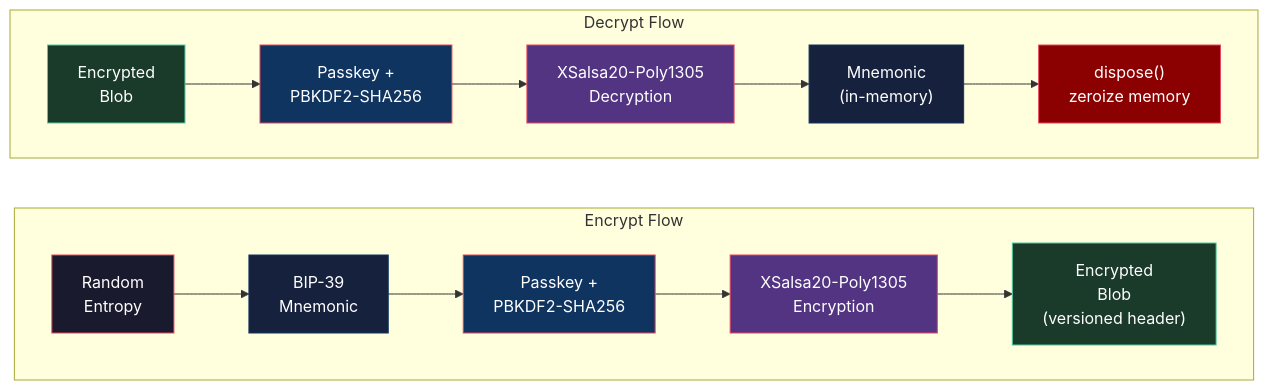
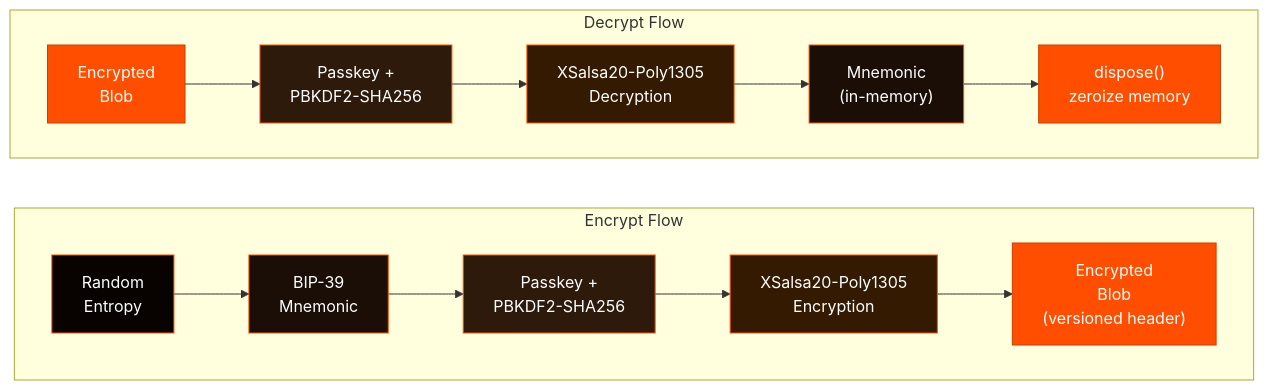
The diagram in tools/secret-manager/README.md (gatteo/wdk-docs), drawn with Mermaid before and after one commit. The commit also changed 21 other files, not shown here.

Commit message:
docs: update all mermaid diagrams to WDK branding colors (#FF4E00 orange, #080201 dark)

````diff
--- a/tools/secret-manager/README.md
+++ b/tools/secret-manager/README.md
@@ -37,29 +37,29 @@
 ```mermaid
 flowchart LR
     subgraph Encrypt["Encrypt Flow"]
         direction LR
         E1["Random\nEntropy"] --> E2["BIP-39\nMnemonic"]
         E2 --> E3["Passkey +\nPBKDF2-SHA256"]
         E3 --> E4["XSalsa20-Poly1305\nEncryption"]
         E4 --> E5["Encrypted\nBlob\n(versioned header)"]
     end
 
     subgraph Decrypt["Decrypt Flow"]
         direction LR
         D1["Encrypted\nBlob"] --> D2["Passkey +\nPBKDF2-SHA256"]
         D2 --> D3["XSalsa20-Poly1305\nDecryption"]
         D3 --> D4["Mnemonic\n(in-memory)"]
         D4 --> D5["dispose()\nzeroize memory"]
     end
 
-    style E1 fill:#1a1a2e,stroke:#e94560,color:#fff
-    style E2 fill:#16213e,stroke:#0f3460,color:#fff
-    style E3 fill:#0f3460,stroke:#e94560,color:#fff
-    style E4 fill:#533483,stroke:#e94560,color:#fff
-    style E5 fill:#1a3a2a,stroke:#4ecca3,color:#fff
-    style D1 fill:#1a3a2a,stroke:#4ecca3,color:#fff
-    style D2 fill:#0f3460,stroke:#e94560,color:#fff
-    style D3 fill:#533483,stroke:#e94560,color:#fff
-    style D4 fill:#16213e,stroke:#0f3460,color:#fff
-    style D5 fill:#8b0000,stroke:#e94560,color:#fff
+    style E1 fill:#080201,stroke:#FF4E00,color:#fff
+    style E2 fill:#1a0e06,stroke:#FF4E00,color:#fff
+    style E3 fill:#2d1a0a,stroke:#FF4E00,color:#fff
+    style E4 fill:#331a00,stroke:#FF4E00,color:#fff
+    style E5 fill:#FF4E00,stroke:#cc3e00,color:#fff
+    style D1 fill:#FF4E00,stroke:#cc3e00,color:#fff
+    style D2 fill:#2d1a0a,stroke:#FF4E00,color:#fff
+    style D3 fill:#331a00,stroke:#FF4E00,color:#fff
+    style D4 fill:#1a0e06,stroke:#FF4E00,color:#fff
+    style D5 fill:#FF4E00,stroke:#cc3e00,color:#fff
 ```
````
